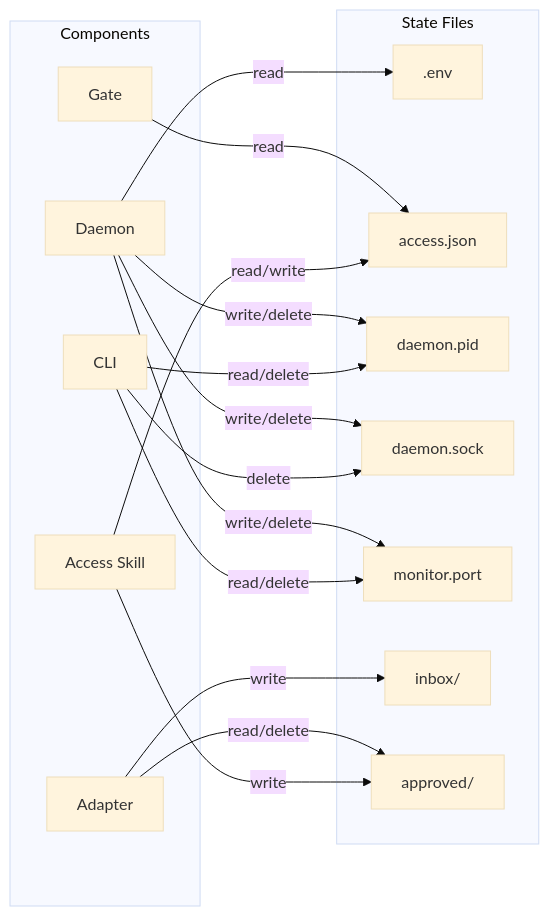
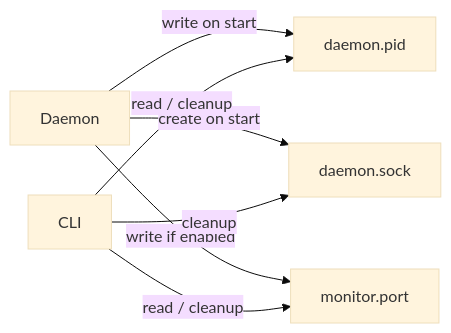
The ninth of 10 diagrams in docs/guides/architecture.md (HealGaren/claude-channel-mux), drawn with Mermaid (base theme) before and after one commit. The commit also changed other lines of this file, not shown here.

````diff
--- a/docs/guides/architecture.md
+++ b/docs/guides/architecture.md
@@ -182,33 +186,9 @@
 ```mermaid
 graph LR
-    subgraph Components
-        D[Daemon]
-        A[Adapter]
-        G[Gate]
-        CLI[CLI]
-        Skill[Access Skill]
-    end
-
-    subgraph State Files
-        ENV[.env]
-        ACC[access.json]
-        PID[daemon.pid]
-        SOCK[daemon.sock]
-        MON[monitor.port]
-        INB[inbox/]
-        APR[approved/]
-    end
-
-    D -->|read| ENV
-    D -->|write/delete| PID
-    D -->|write/delete| SOCK
-    D -->|write/delete| MON
-    G -->|read| ACC
-    A -->|write| INB
-    A -->|read/delete| APR
-    Skill -->|read/write| ACC
-    Skill -->|write| APR
-    CLI -->|read/delete| PID
-    CLI -->|delete| SOCK
-    CLI -->|read/delete| MON
+    Daemon -->|write on start| PID[daemon.pid]
+    Daemon -->|create on start| SOCK[daemon.sock]
+    Daemon -->|write if enabled| MON[monitor.port]
+    CLI -->|read / cleanup| PID
+    CLI -->|cleanup| SOCK
+    CLI -->|read / cleanup| MON
 ```
````
